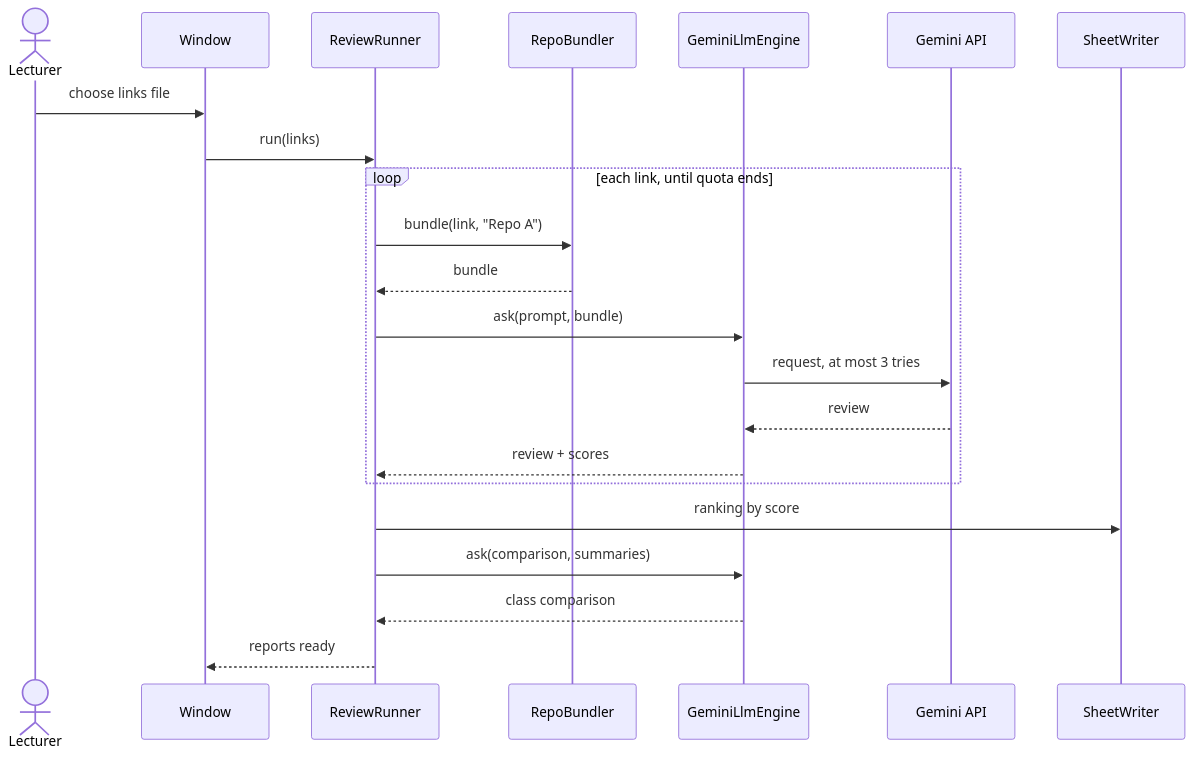
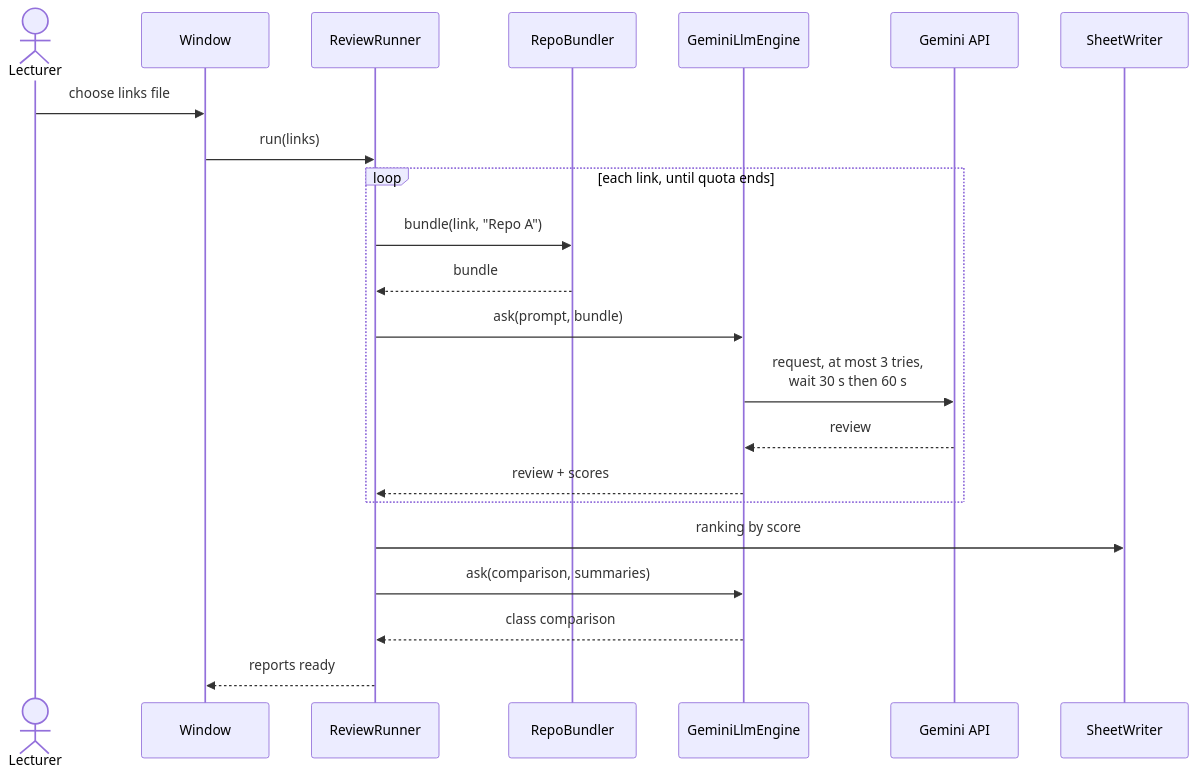
Diagram 15 of 15 in docs/design.md (yonatanShoval/OOP_Exercise2), drawn with Mermaid before and after one commit. The commit also changed other lines of this file and 8 other files, not shown here.

First line of the commit message:
Gemini on the transcript: 6 of 6 tries failed (503); retry wait, demo rule, summary fallback model

````diff
--- a/docs/design.md
+++ b/docs/design.md
@@ -579,24 +579,24 @@
 ```mermaid
 sequenceDiagram
     actor L as Lecturer
     participant W as Window
     participant R as ReviewRunner
     participant B as RepoBundler
     participant E as GeminiLlmEngine
     participant G as Gemini API
     participant X as SheetWriter
     L->>W: choose links file
     W->>R: run(links)
     loop each link, until quota ends
         R->>B: bundle(link, "Repo A")
         B-->>R: bundle
         R->>E: ask(prompt, bundle)
-        E->>G: request, at most 3 tries
+        E->>G: request, at most 3 tries,<br/>wait 30 s then 60 s
         G-->>E: review
         E-->>R: review + scores
     end
     R->>X: ranking by score
     R->>E: ask(comparison, summaries)
     E-->>R: class comparison
     R-->>W: reports ready
 ```
````
